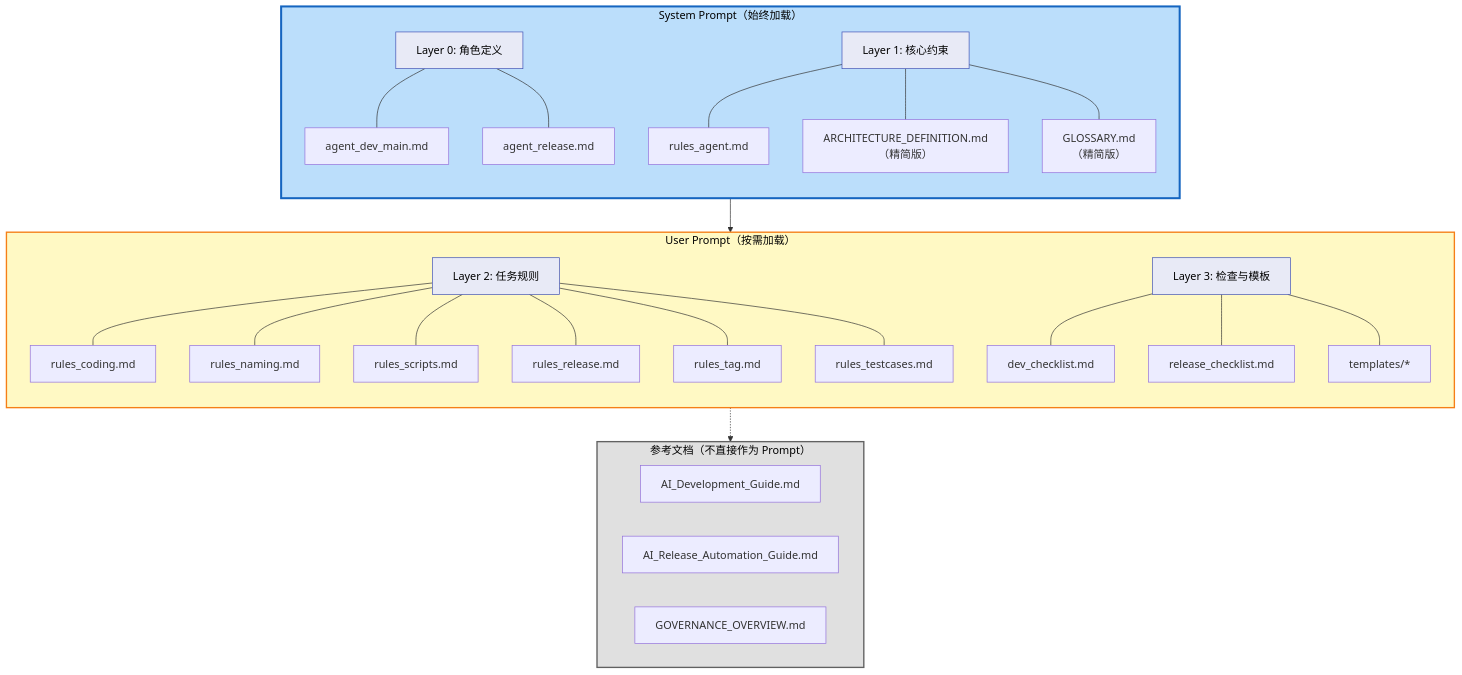
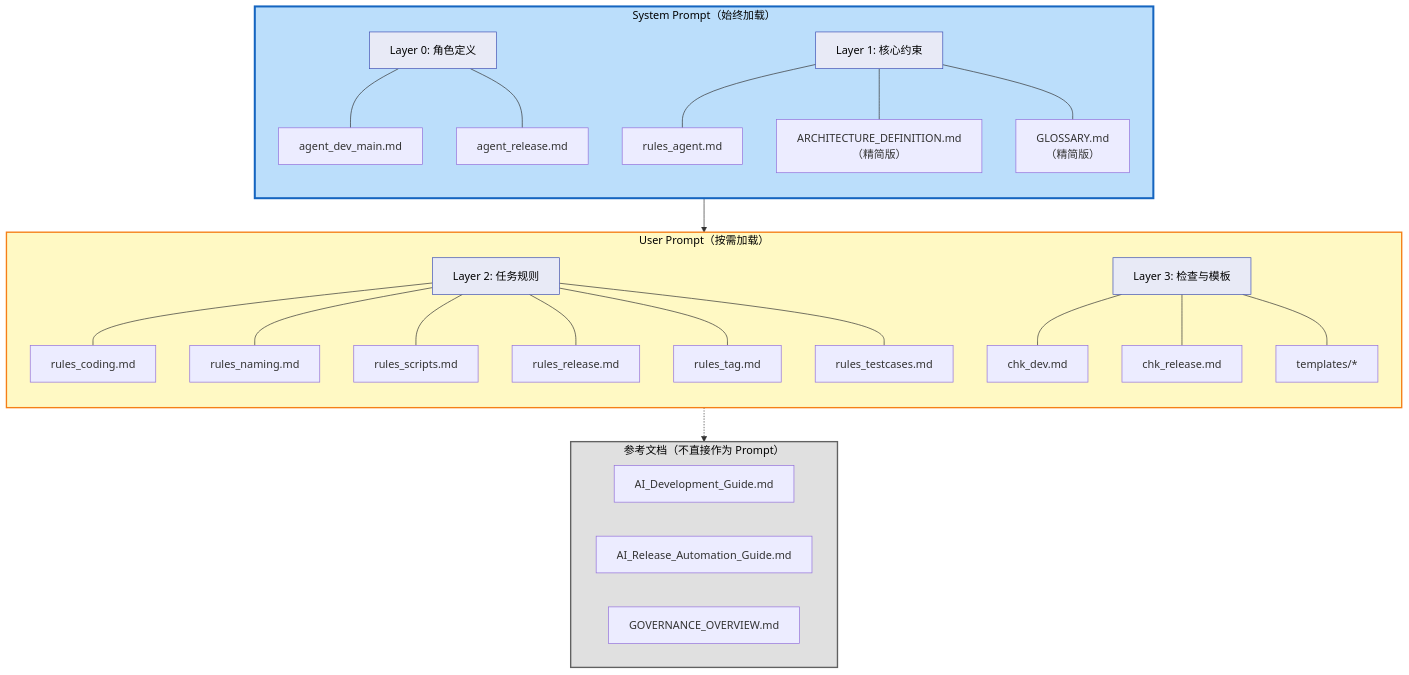
Before and after one commit to lukagithub/archpilot_core: the diagram in Governance/PROMPT_STRATEGY_FLOW.mmd, drawn with Mermaid. The commit also changed 27 other files, not shown here.

```diff
--- a/Governance/PROMPT_STRATEGY_FLOW.mmd
+++ b/Governance/PROMPT_STRATEGY_FLOW.mmd
@@ -1,55 +1,55 @@
 %% ========================================
 %% AI Prompt 分层策略图
 %% 说明：展示如何将文档转化为 AI 的 System/User Prompt
 %% ========================================
 
 graph TB
     subgraph System_Prompt["System Prompt（始终加载）"]
         direction TB
         SP_L0["Layer 0: 角色定义"]
         SP_L1["Layer 1: 核心约束"]
 
         SP_L0 --- O[agent_dev_main.md]
         SP_L0 --- P[agent_release.md]
         SP_L1 --- D[rules_agent.md]
         SP_L1 --- B["ARCHITECTURE_DEFINITION.md<br/>（精简版）"]
         SP_L1 --- C["GLOSSARY.md<br/>（精简版）"]
     end
 
     subgraph User_Prompt["User Prompt（按需加载）"]
         direction TB
         UP_L2["Layer 2: 任务规则"]
         UP_L3["Layer 3: 检查与模板"]
 
         UP_L2 --- E[rules_coding.md]
         UP_L2 --- F[rules_naming.md]
         UP_L2 --- G[rules_scripts.md]
         UP_L2 --- H[rules_release.md]
         UP_L2 --- I[rules_tag.md]
         UP_L2 --- J[rules_testcases.md]
 
-        UP_L3 --- K[dev_checklist.md]
-        UP_L3 --- L[release_checklist.md]
+        UP_L3 --- K[chk_dev.md]
+        UP_L3 --- L[chk_release.md]
         UP_L3 --- T[templates/*]
     end
 
     subgraph Reference["参考文档（不直接作为 Prompt）"]
         M[AI_Development_Guide.md]
         N[AI_Release_Automation_Guide.md]
         A[GOVERNANCE_OVERVIEW.md]
     end
 
     %% Prompt 层级关系
     System_Prompt --> User_Prompt
     User_Prompt -.-> Reference
 
     %% 样式定义
     classDef systemStyle fill:#bbdefb,stroke:#1565c0,stroke-width:3px,color:#000
     classDef userStyle fill:#fff9c4,stroke:#f57f17,stroke-width:2px,color:#000
     classDef refStyle fill:#e0e0e0,stroke:#616161,stroke-width:2px,color:#000
     classDef layerStyle fill:#e8eaf6,stroke:#3f51b5,stroke-width:1px,color:#000
 
     class System_Prompt systemStyle
     class User_Prompt userStyle
     class Reference refStyle
     class SP_L0,SP_L1,UP_L2,UP_L3 layerStyle
```
